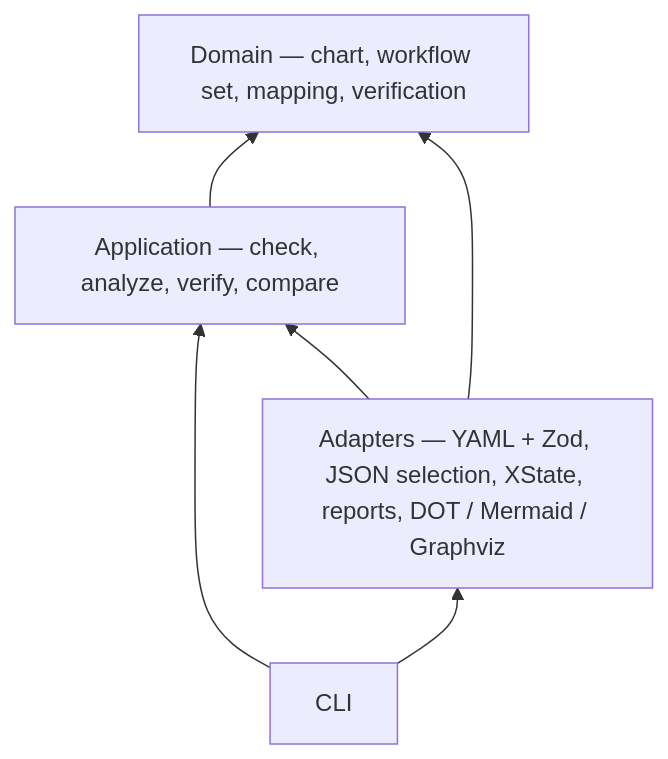
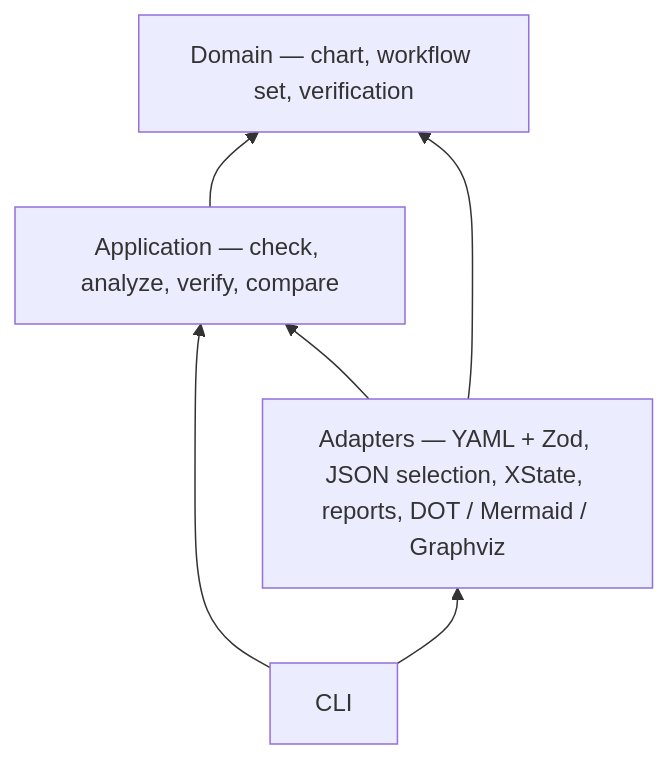
One commit to goan15910/clew changed the diagram in README.md. Above: the diagram before and after it, drawn with Mermaid. The commit also changed other lines of this file and 30 other files, not shown here.

First line of the commit message:
Remove the mapping file and match chart and workflow names (#17)

````diff
--- a/README.md
+++ b/README.md
@@ -82,12 +82,12 @@
 ```mermaid
 flowchart BT
-  domain["Domain — chart, workflow set, mapping, verification"]
+  domain["Domain — chart, workflow set, verification"]
   application["Application — check, analyze, verify, compare"]
   adapters["Adapters — YAML + Zod, JSON selection, XState, reports, DOT / Mermaid / Graphviz"]
   cli["CLI"]
   application --> domain
   adapters --> application
   adapters --> domain
   cli --> application
   cli --> adapters
 ```
````
